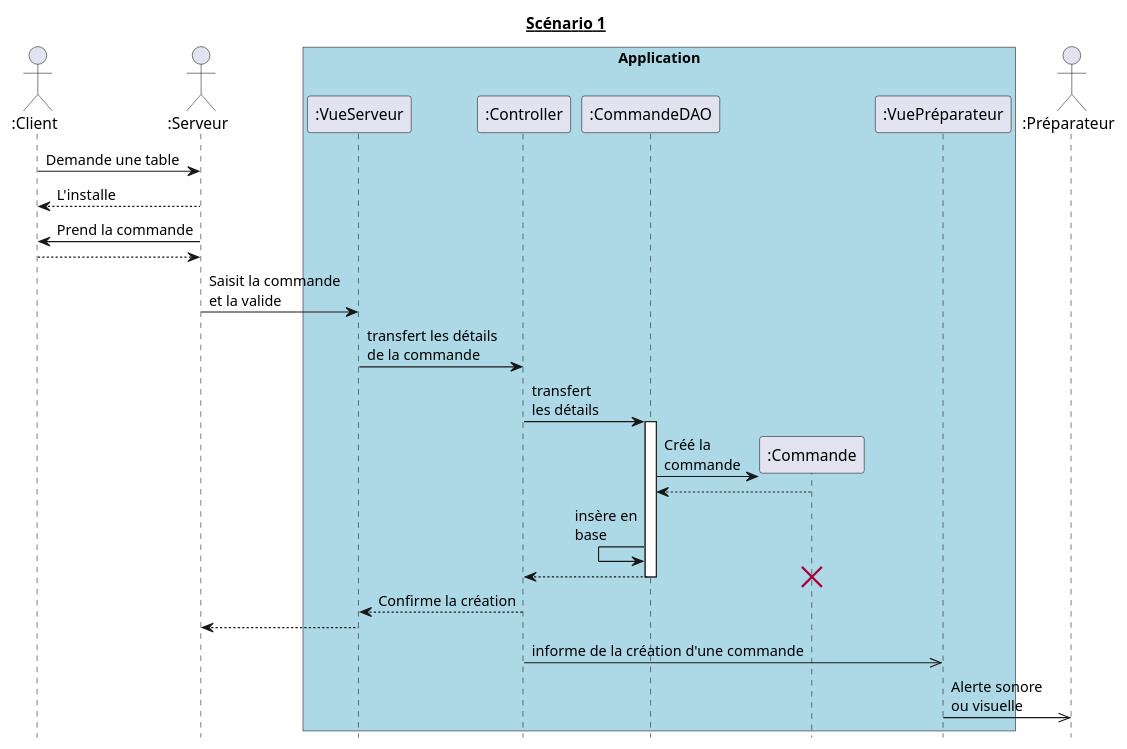
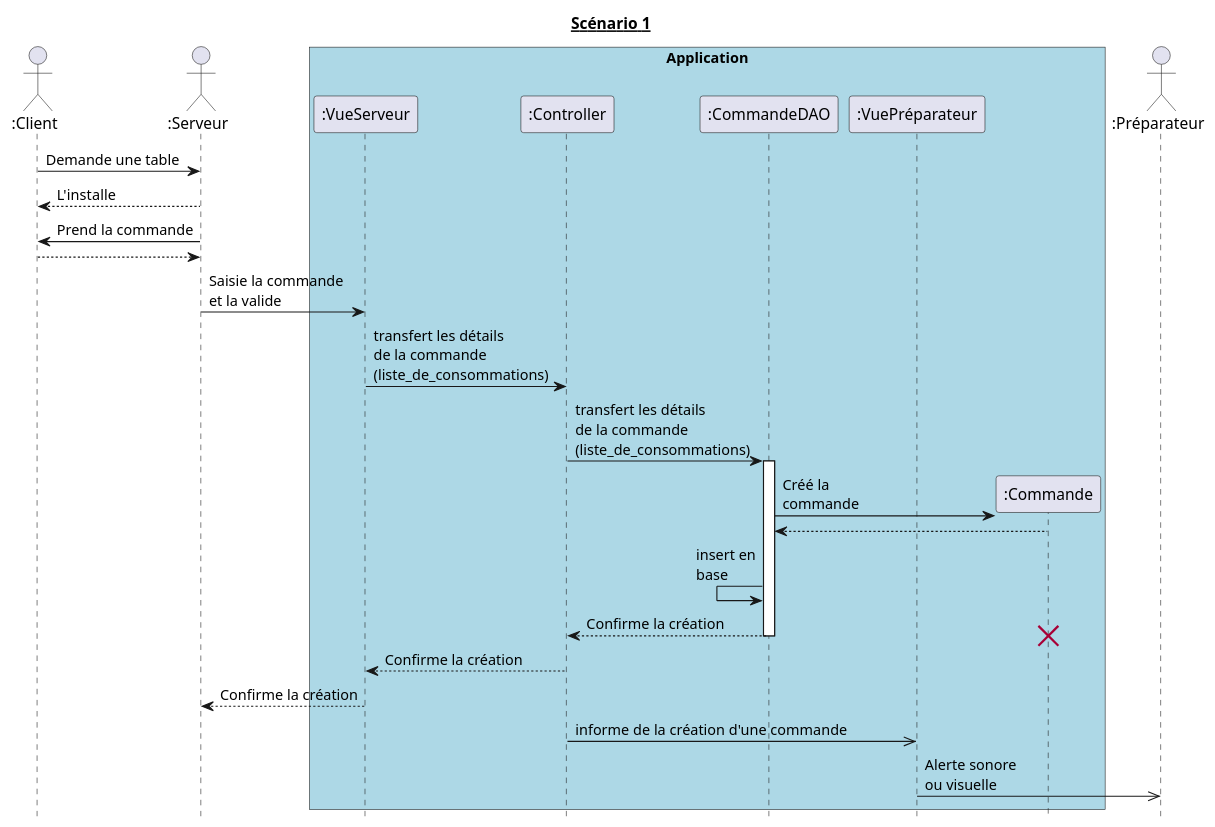
One commit to hulskenA/GL-Les_seigneurs_du_resto changed the diagram in diagrammes_sequences_detailles/dss1.md. Above: the diagram before and after it, drawn with PlantUML. The commit also changed 7 other files, not shown here.

````diff
--- a/diagrammes_sequences_detailles/dss1.md
+++ b/diagrammes_sequences_detailles/dss1.md
@@ -1,43 +1,46 @@
 ```puml
 @startuml
 hide footbox
 title __Scénario 1__
 
 actor ":Client" as Client order 10
 actor ":Serveur" as Serveur order 20
 actor ":Préparateur" as Préparateur order 80
 
 box "Application" #Lightblue
   participant ":VueServeur" as VueServeur order 30
   participant ":Controller" as Controller order 40
   participant ":CommandeDAO" as CommandeDAO order 50
-  participant ":Commande" as Commande order 60
-  participant ":VuePréparateur" as VuePréparateur order 70
+  participant ":VuePréparateur" as VuePréparateur order 60
+  participant ":Commande" as Commande order 70
+endbox
+
+box "Base de données" #Lightblue
 endbox
 
 Client -> Serveur : Demande une table
 Client <-- Serveur : L'installe
 Client <- Serveur : Prend la commande
 Client --> Serveur
 
-Serveur -> VueServeur : Saisit la commande\net la valide
-VueServeur -> Controller : transfert les détails\nde la commande
-Controller -> CommandeDAO : transfert\nles détails
+Serveur -> VueServeur : Saisie la commande\net la valide
+VueServeur -> Controller : transfert les détails\nde la commande\n(liste_de_consommations)
+Controller -> CommandeDAO : transfert les détails\nde la commande\n(liste_de_consommations)
+
 activate CommandeDAO
-
-create Commande
-CommandeDAO -> Commande : Créé la\ncommande
-CommandeDAO <-- Commande
-CommandeDAO <- CommandeDAO : insère en\nbase
-CommandeDAO --> Controller
-destroy Commande
+  create Commande
+  CommandeDAO -> Commande : Créé la\ncommande
+  CommandeDAO <-- Commande
+  CommandeDAO <- CommandeDAO : insert en\nbase
+  CommandeDAO --> Controller : Confirme la création
+  destroy Commande
 deactivate CommandeDAO
 
 Controller --> VueServeur : Confirme la création
-VueServeur --> Serveur
+VueServeur --> Serveur : Confirme la création
 
 Controller ->> VuePréparateur : informe de la création d'une commande
 VuePréparateur ->> Préparateur : Alerte sonore\nou visuelle
 
 @enduml
 ```
````
